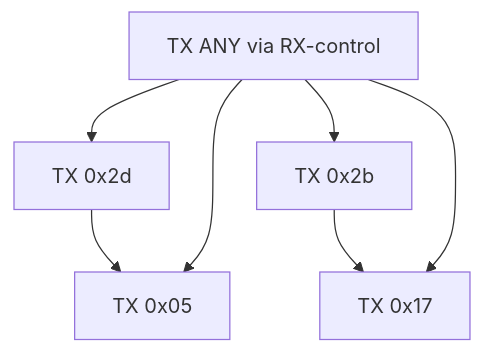
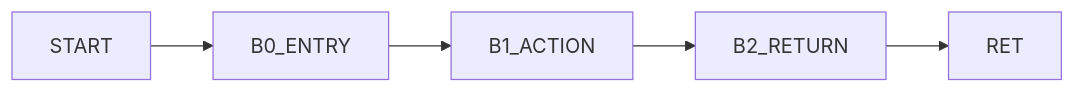
One commit to cryan209/D-Modem changed the first of 3 diagrams in doc/v8handshak_state_graph_3plane.md. Above: the diagram before and after it, drawn with Mermaid. The commit also changed other lines of this file and 239 other files, not shown here.

````diff
--- a/doc/v8handshak_state_graph_3plane.md
+++ b/doc/v8handshak_state_graph_3plane.md
@@ -16,9 +10,4 @@
-```mermaid
-flowchart TD
-  T2D[TX 0x2d] --> T05[TX 0x05]
-  T2B[TX 0x2b] --> T17[TX 0x17]
-  ANYTX[TX ANY via RX-control] --> T2D
-  ANYTX --> T2B
-  ANYTX --> T17
-  ANYTX --> T05
-```
+~~~mermaid
+flowchart LR
+  S[START] --> B0[B0_ENTRY] --> B1[B1_ACTION] --> B2[B2_RETURN] --> R[RET]
+~~~
````
